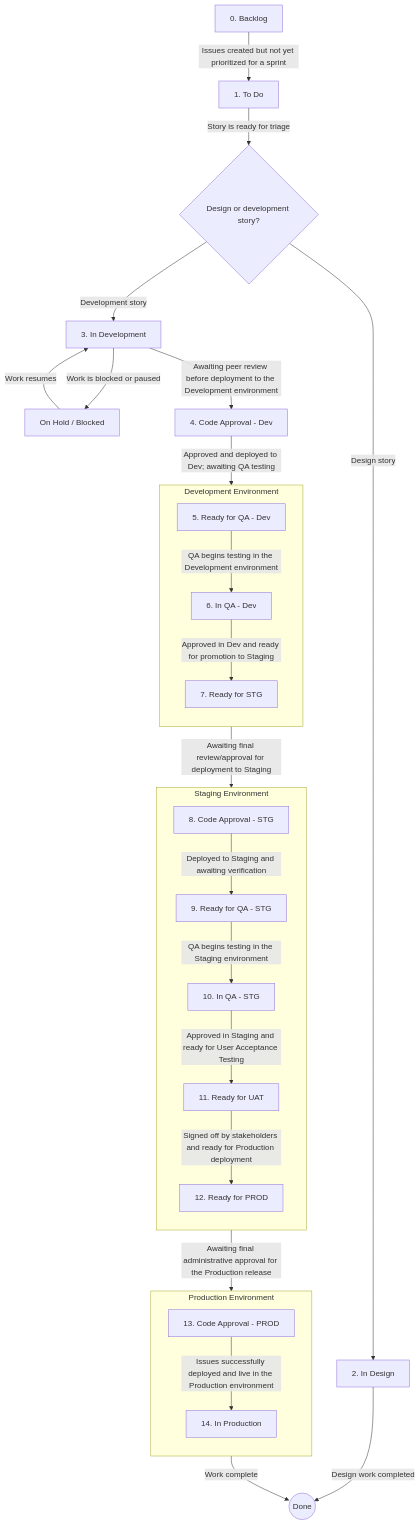
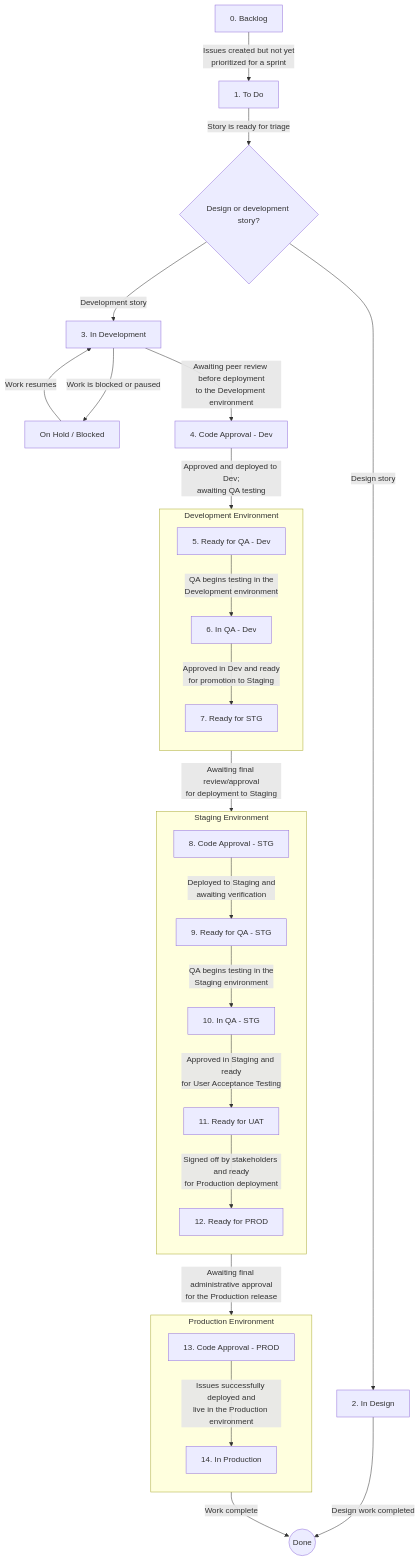
Before and after one commit to arthurbath/scrum-workflow: the diagram in diagrams/original-story-status-workflow.md, drawn with Mermaid. The commit also changed 2 other files, not shown here.

Commit message:
Make long Mermaid labels explicit multiline

````diff
--- a/diagrams/original-story-status-workflow.md
+++ b/diagrams/original-story-status-workflow.md
@@ -5,41 +5,41 @@
 ```mermaid
 flowchart TD
-    B["0. Backlog"] -->|"Issues created but not yet prioritized for a sprint"| T["1. To Do"]
+    B["0. Backlog"] -->|"Issues created but not yet<br/>prioritized for a sprint"| T["1. To Do"]
 
     T -->|"Story is ready for triage"| DEC{"Design or development story?"}
 
     DEC -->|"Design story"| D["2. In Design"]
     D -->|"Design work completed"| DONE(("Done"))
 
     DEC -->|"Development story"| DEV["3. In Development"]
     DEV -->|"Work is blocked or paused"| HOLD["On Hold / Blocked"]
     HOLD -->|"Work resumes"| DEV
 
-    DEV -->|"Awaiting peer review before deployment to the Development environment"| CADEV["4. Code Approval - Dev"]
+    DEV -->|"Awaiting peer review before deployment<br/>to the Development environment"| CADEV["4. Code Approval - Dev"]
 
     subgraph DE["Development Environment"]
         direction TB
-        RQAD["5. Ready for QA - Dev"] -->|"QA begins testing in the Development environment"| IQAD["6. In QA - Dev"]
-        IQAD -->|"Approved in Dev and ready for promotion to Staging"| RSTG["7. Ready for STG"]
+        RQAD["5. Ready for QA - Dev"] -->|"QA begins testing in the<br/>Development environment"| IQAD["6. In QA - Dev"]
+        IQAD -->|"Approved in Dev and ready<br/>for promotion to Staging"| RSTG["7. Ready for STG"]
     end
 
-    CADEV -->|"Approved and deployed to Dev; awaiting QA testing"| RQAD
+    CADEV -->|"Approved and deployed to Dev;<br/>awaiting QA testing"| RQAD
 
     subgraph SE["Staging Environment"]
         direction TB
-        CASTG["8. Code Approval - STG"] -->|"Deployed to Staging and awaiting verification"| RQAS["9. Ready for QA - STG"]
-        RQAS -->|"QA begins testing in the Staging environment"| IQAS["10. In QA - STG"]
-        IQAS -->|"Approved in Staging and ready for User Acceptance Testing"| RUAT["11. Ready for UAT"]
-        RUAT -->|"Signed off by stakeholders and ready for Production deployment"| RPROD["12. Ready for PROD"]
+        CASTG["8. Code Approval - STG"] -->|"Deployed to Staging and<br/>awaiting verification"| RQAS["9. Ready for QA - STG"]
+        RQAS -->|"QA begins testing in the<br/>Staging environment"| IQAS["10. In QA - STG"]
+        IQAS -->|"Approved in Staging and ready<br/>for User Acceptance Testing"| RUAT["11. Ready for UAT"]
+        RUAT -->|"Signed off by stakeholders and ready<br/>for Production deployment"| RPROD["12. Ready for PROD"]
     end
 
-    RSTG -->|"Awaiting final review/approval for deployment to Staging"| CASTG
+    RSTG -->|"Awaiting final review/approval<br/>for deployment to Staging"| CASTG
 
     subgraph PE["Production Environment"]
         direction TB
-        CAPROD["13. Code Approval - PROD"] -->|"Issues successfully deployed and live in the Production environment"| IPROD["14. In Production"]
+        CAPROD["13. Code Approval - PROD"] -->|"Issues successfully deployed and<br/>live in the Production environment"| IPROD["14. In Production"]
     end
 
-    RPROD -->|"Awaiting final administrative approval for the Production release"| CAPROD
+    RPROD -->|"Awaiting final administrative approval<br/>for the Production release"| CAPROD
     IPROD -->|"Work complete"| DONE
 ```
````
